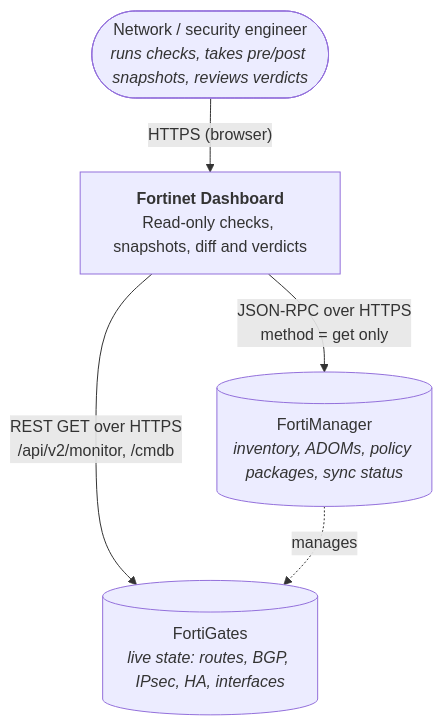
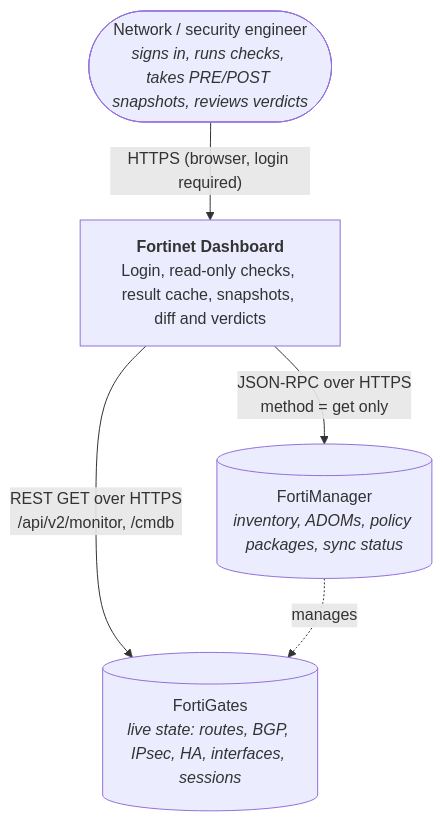
Before and after one commit to VictorBogre/Pulse: the first of 4 diagrams in ARCHITECTURE.md, drawn with Mermaid. The commit also changed other lines of this file and 16 other files, not shown here.

````diff
--- a/ARCHITECTURE.md
+++ b/ARCHITECTURE.md
@@ -8,12 +8,12 @@
 ```mermaid
 flowchart TB
-    eng(["Network / security engineer<br/><i>runs checks, takes pre/post snapshots, reviews verdicts</i>"])
-    dash["<b>Fortinet Dashboard</b><br/>Read-only checks, snapshots, diff and verdicts"]
+    eng(["Network / security engineer<br/><i>signs in, runs checks, takes PRE/POST snapshots, reviews verdicts</i>"])
+    dash["<b>Fortinet Dashboard</b><br/>Login, read-only checks, result cache, snapshots, diff and verdicts"]
     fmg[("FortiManager<br/><i>inventory, ADOMs, policy packages, sync status</i>")]
-    fgt[("FortiGates<br/><i>live state: routes, BGP, IPsec, HA, interfaces</i>")]
+    fgt[("FortiGates<br/><i>live state: routes, BGP, IPsec, HA, interfaces, sessions</i>")]
 
-    eng -- "HTTPS (browser)" --> dash
+    eng -- "HTTPS (browser, login required)" --> dash
     dash -- "JSON-RPC over HTTPS<br/>method = get only" --> fmg
     dash -- "REST GET over HTTPS<br/>/api/v2/monitor, /cmdb" --> fgt
     fmg -. "manages" .-> fgt
 ```
````
